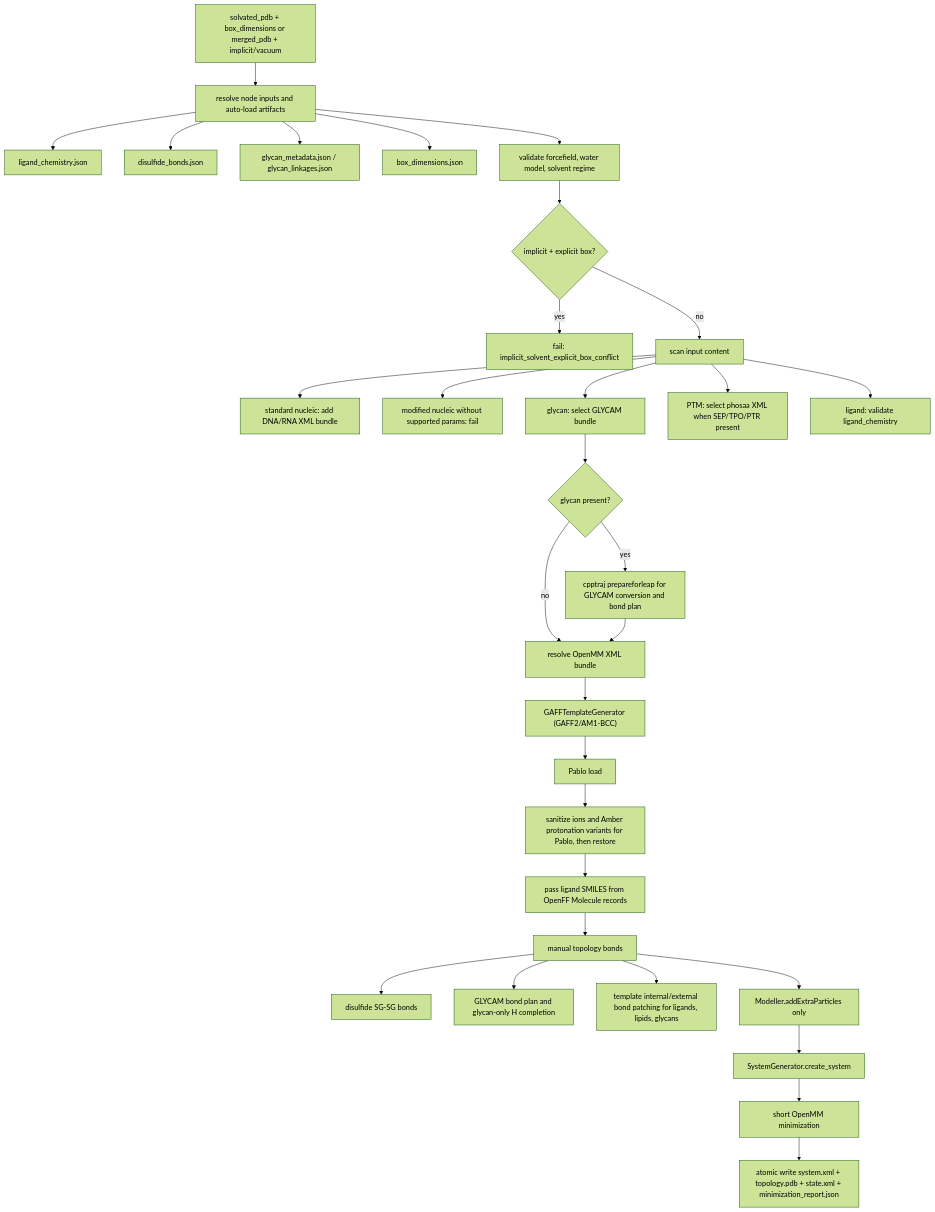
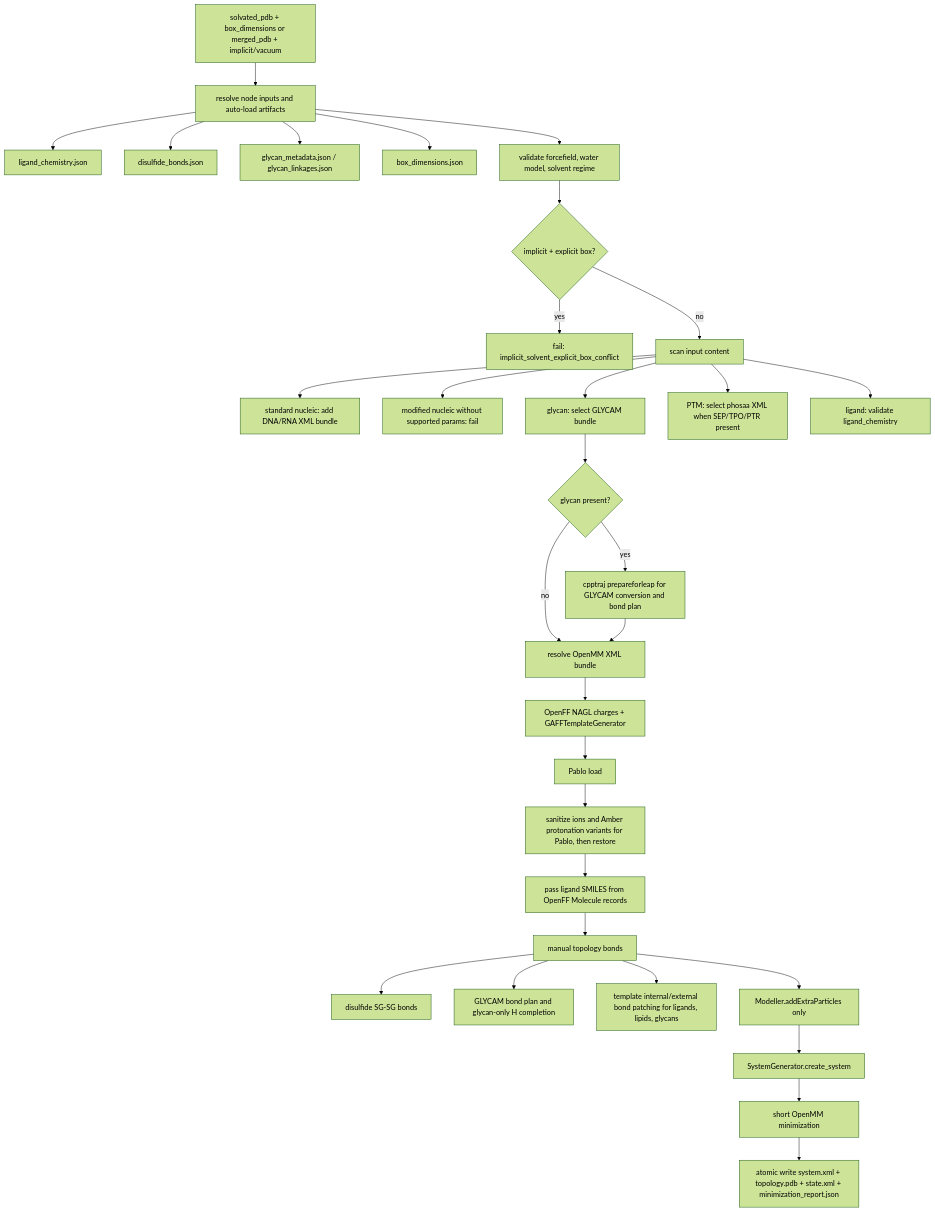
The fifth of 6 diagrams in docs/research/prep_workflow_flowchart.md (matsunagalab/mdclaw), drawn with Mermaid (forest theme) before and after one commit. The commit also changed 31 other files, not shown here.

````diff
--- a/docs/research/prep_workflow_flowchart.md
+++ b/docs/research/prep_workflow_flowchart.md
@@ -214,40 +214,40 @@
 ```mermaid
 flowchart TD
   A["solvated_pdb + box_dimensions or merged_pdb + implicit/vacuum"] --> B["resolve node inputs and auto-load artifacts"]
   B --> B1["ligand_chemistry.json"]
   B --> B2["disulfide_bonds.json"]
   B --> B3["glycan_metadata.json / glycan_linkages.json"]
   B --> B4["box_dimensions.json"]
 
   B --> C["validate forcefield, water model, solvent regime"]
   C --> C1{"implicit + explicit box?"}
   C1 -->|"yes"| C2["fail: implicit_solvent_explicit_box_conflict"]
   C1 -->|"no"| D["scan input content"]
 
   D --> D1["standard nucleic: add DNA/RNA XML bundle"]
   D --> D2["modified nucleic without supported params: fail"]
   D --> D3["glycan: select GLYCAM bundle"]
   D --> D4["PTM: select phosaa XML when SEP/TPO/PTR present"]
   D --> D5["ligand: validate ligand_chemistry"]
 
   D3 --> E{"glycan present?"}
   E -->|"yes"| E1["cpptraj prepareforleap for GLYCAM conversion and bond plan"]
   E -->|"no"| F["resolve OpenMM XML bundle"]
   E1 --> F
 
-  F --> G3["GAFFTemplateGenerator (GAFF2/AM1-BCC)"]
+  F --> G3["OpenFF NAGL charges + GAFFTemplateGenerator"]
 
   G3 --> H["Pablo load"]
   H --> H1["sanitize ions and Amber protonation variants for Pablo, then restore"]
   H1 --> H2["pass ligand SMILES from OpenFF Molecule records"]
 
   H2 --> I["manual topology bonds"]
   I --> I1["disulfide SG-SG bonds"]
   I --> I2["GLYCAM bond plan and glycan-only H completion"]
   I --> I3["template internal/external bond patching for ligands, lipids, glycans"]
 
   I --> J["Modeller.addExtraParticles only"]
   J --> K["SystemGenerator.create_system"]
   K --> L["short OpenMM minimization"]
   L --> M["atomic write system.xml + topology.pdb + state.xml + minimization_report.json"]
 ```
````
